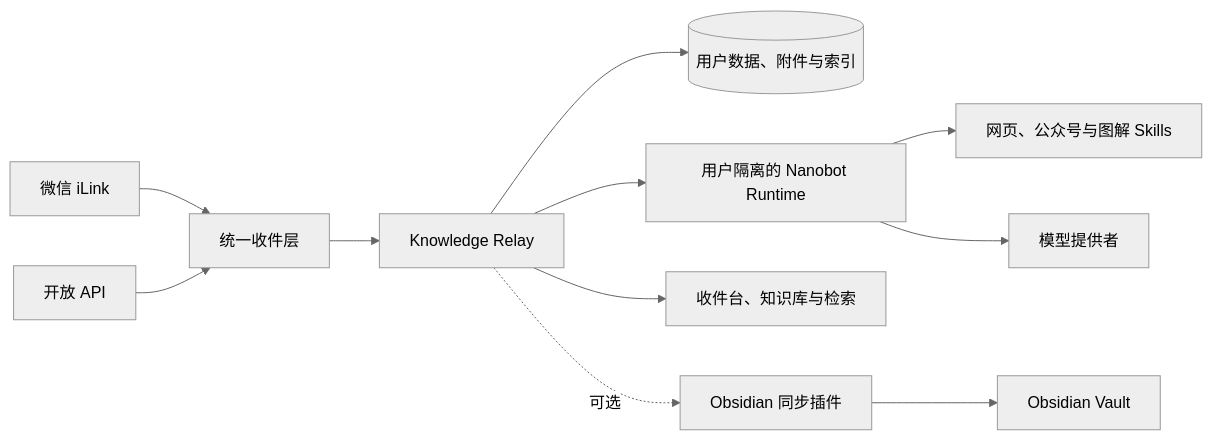
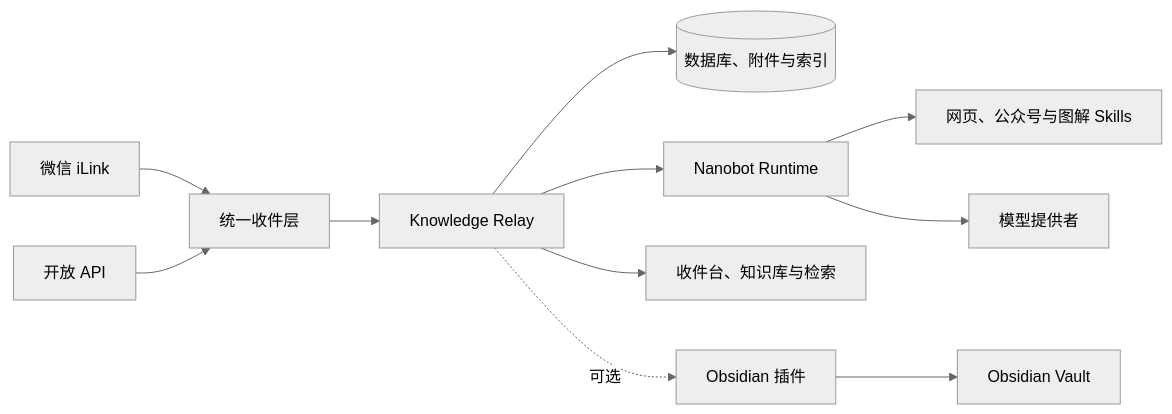
Before and after one commit to qianshulab/knowledge-relay: the diagram in README.md, drawn with Mermaid (neutral theme). The commit also changed other lines of this file and 2 other files, not shown here.

````diff
--- a/README.md
+++ b/README.md
@@ -32,13 +46,13 @@
 ```mermaid
 flowchart LR
-    W["微信 iLink"] --> C["统一收件层"]
-    A["开放 API"] --> C
-    C --> K["Knowledge Relay"]
-    K --> D[("用户数据、附件与索引")]
-    K --> N["用户隔离的 Nanobot Runtime"]
+    W["微信 iLink"] --> I["统一收件层"]
+    A["开放 API"] --> I
+    I --> K["Knowledge Relay"]
+    K --> D[("数据库、附件与索引")]
+    K --> N["Nanobot Runtime"]
     N --> S["网页、公众号与图解 Skills"]
     N --> M["模型提供者"]
     K --> U["收件台、知识库与检索"]
-    K -. 可选 .-> O["Obsidian 同步插件"]
+    K -. 可选 .-> O["Obsidian 插件"]
     O --> V["Obsidian Vault"]
 ```
````
